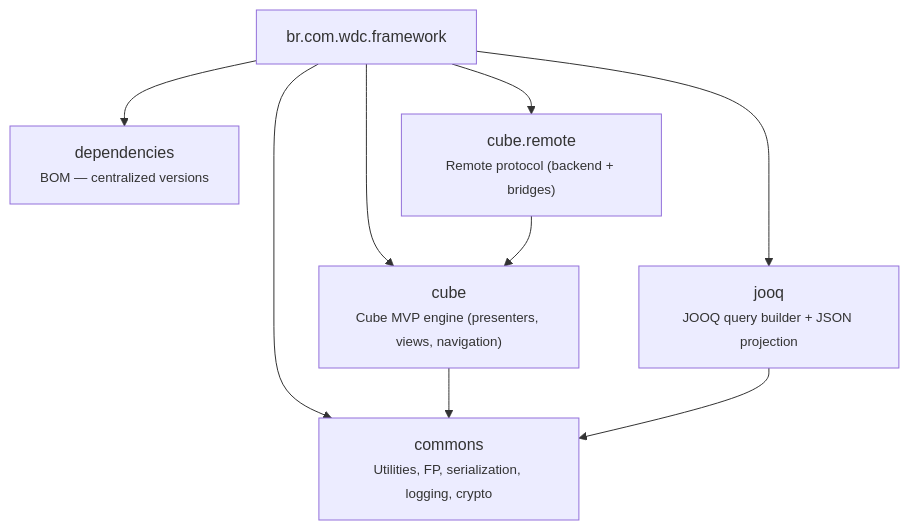
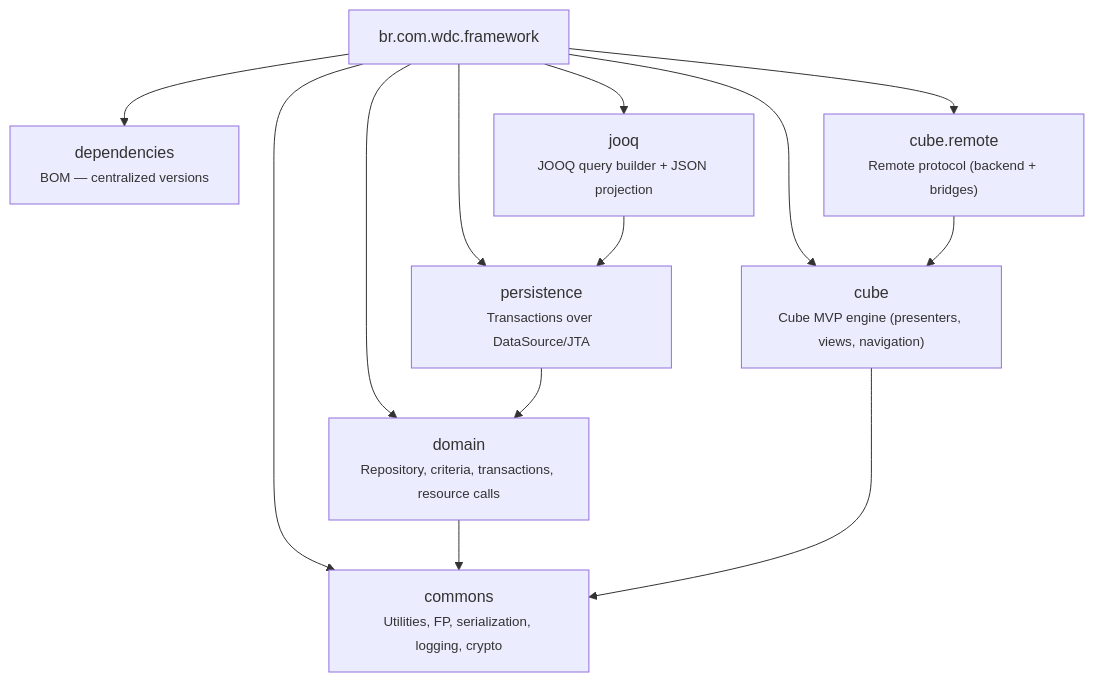
Before and after one commit to mrcdom/wdc-cube-java-v2: the diagram in fontes/br.com.wdc.framework/README.md, drawn with Mermaid. The commit also changed other lines of this file and 50 other files, not shown here.

````diff
--- a/fontes/br.com.wdc.framework/README.md
+++ b/fontes/br.com.wdc.framework/README.md
@@ -9,19 +9,25 @@
 ```mermaid
 graph TD
     fw["br.com.wdc.framework"]
 
     deps["dependencies<br/><small>BOM — centralized versions</small>"]
     commons["commons<br/><small>Utilities, FP, serialization, logging, crypto</small>"]
+    domain["domain<br/><small>Repository, criteria, transactions, resource calls</small>"]
+    persistence["persistence<br/><small>Transactions over DataSource/JTA</small>"]
     jooq["jooq<br/><small>JOOQ query builder + JSON projection</small>"]
     cube["cube<br/><small>Cube MVP engine (presenters, views, navigation)</small>"]
     cubeRemote["cube.remote<br/><small>Remote protocol (backend + bridges)</small>"]
 
     fw --> deps
     fw --> commons
+    fw --> domain
+    fw --> persistence
     fw --> jooq
     fw --> cube
     fw --> cubeRemote
+    domain --> commons
+    persistence --> domain
+    jooq --> persistence
     cube --> commons
-    jooq --> commons
     cubeRemote --> cube
 ```
````
